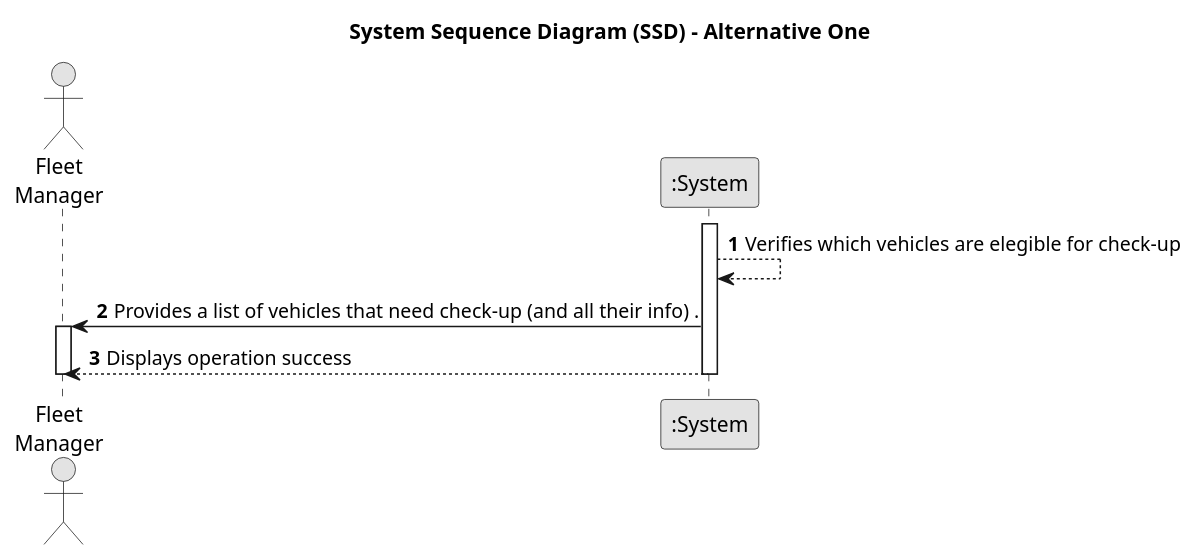
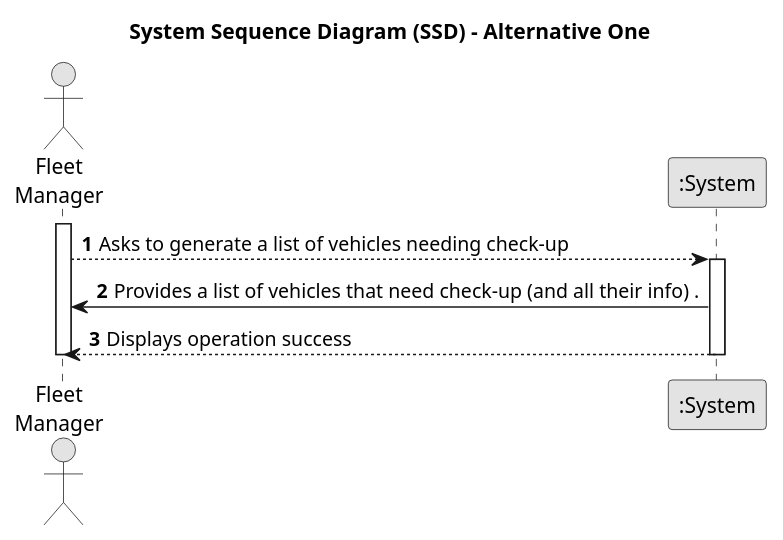
Before and after one commit to SAEmanuel/Green_Spaces_Management_ISEP: the diagram in docs/sprintA/us008/01.requirements-engineering/puml/us008-system-sequence-diagram-alternative-one.puml, drawn with PlantUML.

Commit message:
US008 - Version 7 SSD upadate

```diff
--- a/docs/sprintA/us008/01.requirements-engineering/puml/us008-system-sequence-diagram-alternative-one.puml
+++ b/docs/sprintA/us008/01.requirements-engineering/puml/us008-system-sequence-diagram-alternative-one.puml
@@ -1,24 +1,25 @@
 @startuml
 skinparam monochrome true
 skinparam packageStyle rectangle
 skinparam shadowing false
 
 title System Sequence Diagram (SSD) - Alternative One
 
 autonumber
 
 actor "Fleet\nManager" as FM
 participant ":System" as System
 
+
+        activate FM
+
+        FM --> System: Asks to generate a list of vehicles needing check-up
         activate System
-        System --> System: Verifies which vehicles are elegible for check-up
-
 
         System -> FM : Provides a list of vehicles that need check-up (and all their info) .
-        activate FM
 
         System --> FM : Displays operation success
+        deactivate System
         deactivate FM
-        deactivate System
 
 @enduml
```
